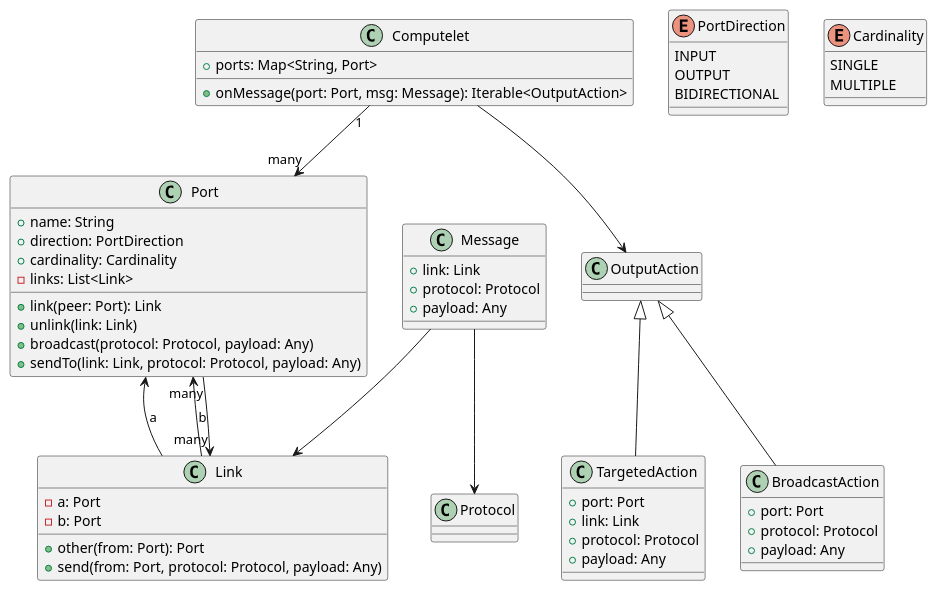
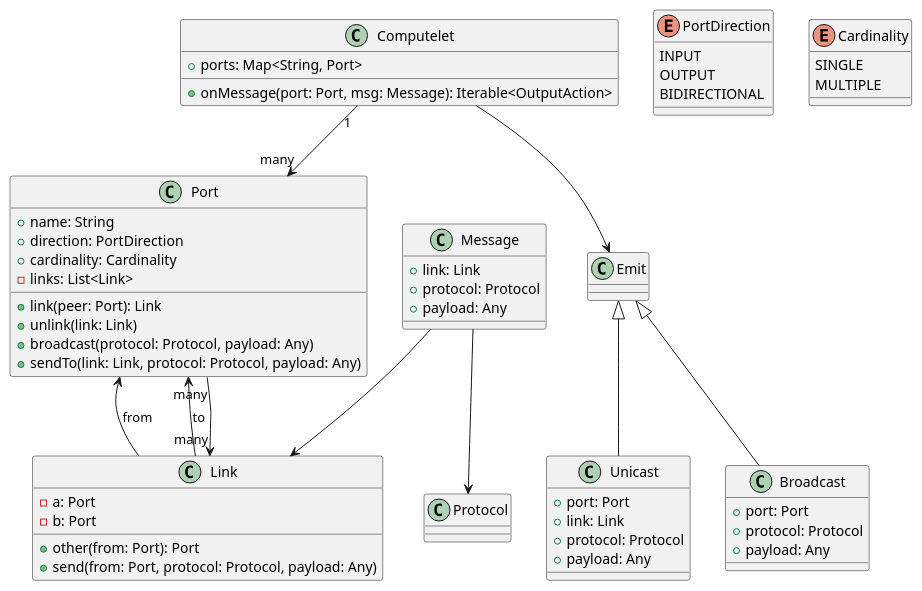
The diagram in doc/adr/computelet-kernel.puml (mboogerd/computenet), drawn with PlantUML before and after one commit. The commit also changed 12 other files, not shown here.

```diff
--- a/doc/adr/computelet-kernel.puml
+++ b/doc/adr/computelet-kernel.puml
@@ -1,70 +1,70 @@
 @startuml
 
 class Computelet {
   +ports: Map<String, Port>
   +onMessage(port: Port, msg: Message): Iterable<OutputAction>
 }
 
 class Port {
   +name: String
   +direction: PortDirection
   +cardinality: Cardinality
   -links: List<Link>
   +link(peer: Port): Link
   +unlink(link: Link)
   +broadcast(protocol: Protocol, payload: Any)
   +sendTo(link: Link, protocol: Protocol, payload: Any)
 }
 
 enum PortDirection {
   INPUT
   OUTPUT
   BIDIRECTIONAL
 }
 
 enum Cardinality {
   SINGLE
   MULTIPLE
 }
 
 class Link {
   -a: Port
   -b: Port
   +other(from: Port): Port
   +send(from: Port, protocol: Protocol, payload: Any)
 }
 
 class Message {
   +link: Link
   +protocol: Protocol
   +payload: Any
 }
 
 class Protocol {
 }
 
-class OutputAction {
+class Emit {
 }
 
-class BroadcastAction extends OutputAction {
+class Broadcast extends Emit {
   +port: Port
   +protocol: Protocol
   +payload: Any
 }
 
-class TargetedAction extends OutputAction {
+class Unicast extends Emit {
   +port: Port
   +link: Link
   +protocol: Protocol
   +payload: Any
 }
 
 Computelet "1" --> "many" Port
 Port "many" --> "many" Link
-Link --> Port : a
-Link --> Port : b
+Link --> Port : from
+Link --> Port : to
 Message --> Link
 Message --> Protocol
-Computelet --> OutputAction
+Computelet --> Emit
 
 @enduml
```
